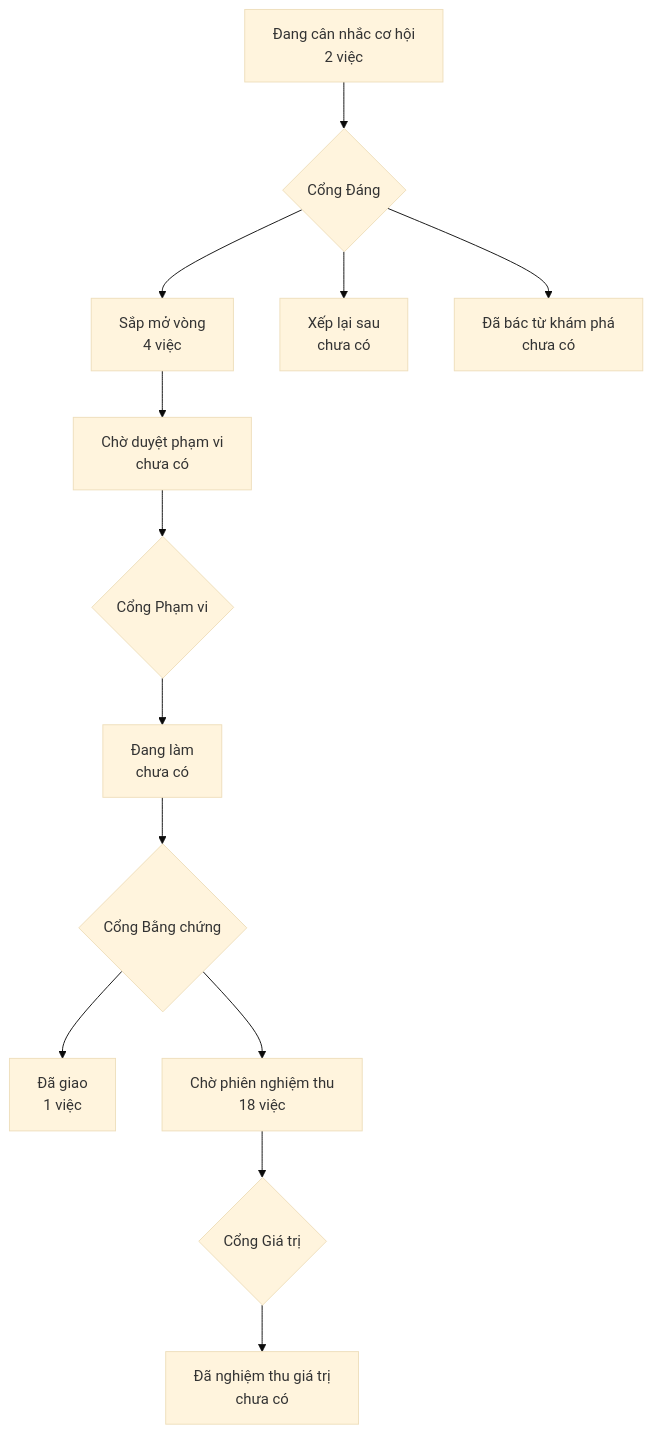
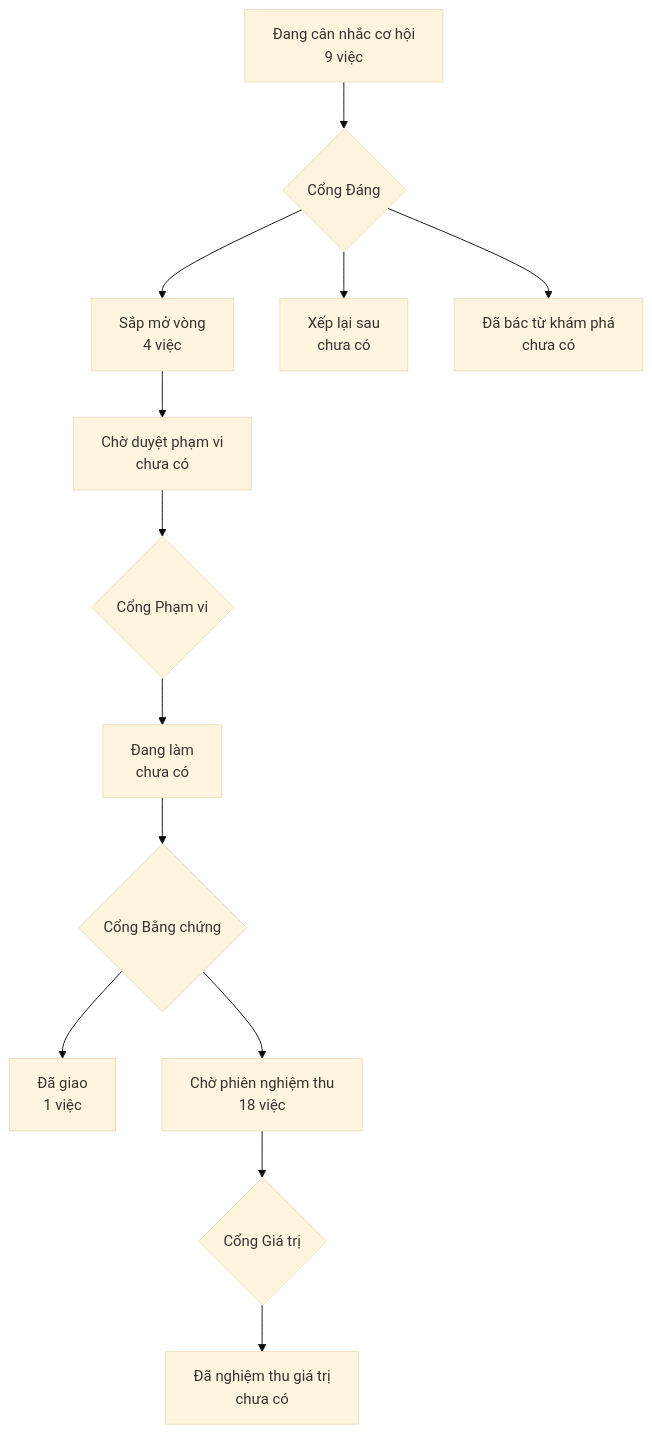
Before and after one commit to phanlemanh/onehub-inventory: the diagram in PRODUCT-MAP.md, drawn with Mermaid (base theme). The commit also changed other lines of this file and 17 other files, not shown here.

First line of the commit message:
docs(plan): add roadmap rows 2a, 2b, 1q, 1r, 9d, 7a and open the worth-gate cell of 9a

````diff
--- a/PRODUCT-MAP.md
+++ b/PRODUCT-MAP.md
@@ -7,12 +7,12 @@
 ```mermaid
 flowchart TD
-  A["Đang cân nhắc cơ hội<br/>2 việc"] --> GD{"Cổng Đáng"}
+  A["Đang cân nhắc cơ hội<br/>9 việc"] --> GD{"Cổng Đáng"}
   GD --> B["Sắp mở vòng<br/>4 việc"]
   GD --> XL["Xếp lại sau<br/>chưa có"]
   GD --> DB["Đã bác từ khám phá<br/>chưa có"]
   B --> CD["Chờ duyệt phạm vi<br/>chưa có"] --> GP{"Cổng Phạm vi"}
   GP --> DL["Đang làm<br/>chưa có"] --> GB{"Cổng Bằng chứng"}
   GB --> DG["Đã giao<br/>1 việc"]
   GB --> CN["Chờ phiên nghiệm thu<br/>18 việc"] --> GG{"Cổng Giá trị"}
   GG --> NT["Đã nghiệm thu giá trị<br/>chưa có"]
 ```
````
